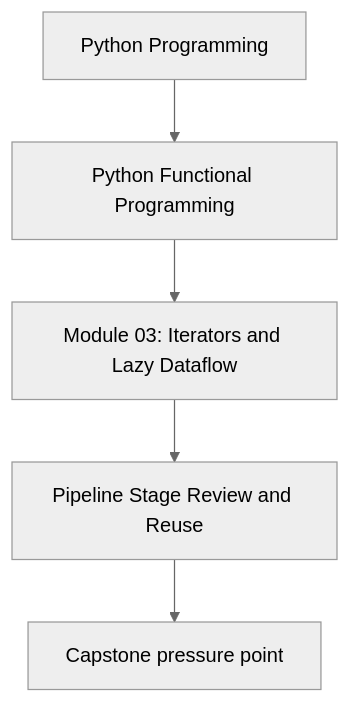
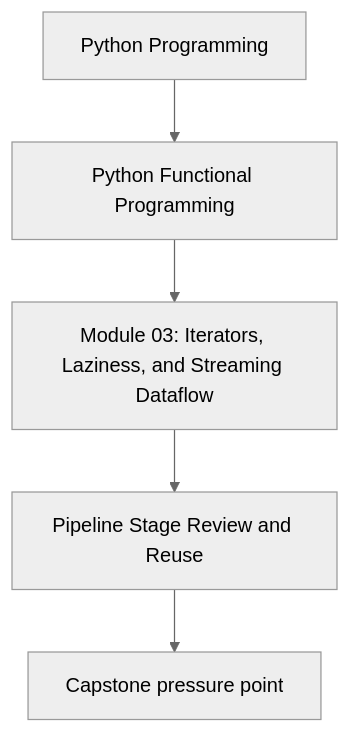
The first of 2 diagrams in programs/python-programming/python-functional-programming/course-book/module-03-iterators-and-lazy-dataflow/pipeline-stage-review-and-reuse.md (bijux/bijux-masterclass), drawn with Mermaid (neutral theme) before and after one commit. The commit also changed 241 other files, not shown here.

````diff
--- a/programs/python-programming/python-functional-programming/course-book/module-03-iterators-and-lazy-dataflow/pipeline-stage-review-and-reuse.md
+++ b/programs/python-programming/python-functional-programming/course-book/module-03-iterators-and-lazy-dataflow/pipeline-stage-review-and-reuse.md
@@ -7,7 +7,7 @@
 ```mermaid
 flowchart TD
   family["Python Programming"] --> program["Python Functional Programming"]
-  program --> module["Module 03: Iterators and Lazy Dataflow"]
+  program --> module["Module 03: Iterators, Laziness, and Streaming Dataflow"]
   module --> concept["Pipeline Stage Review and Reuse"]
   concept --> capstone["Capstone pressure point"]
 ```
````
